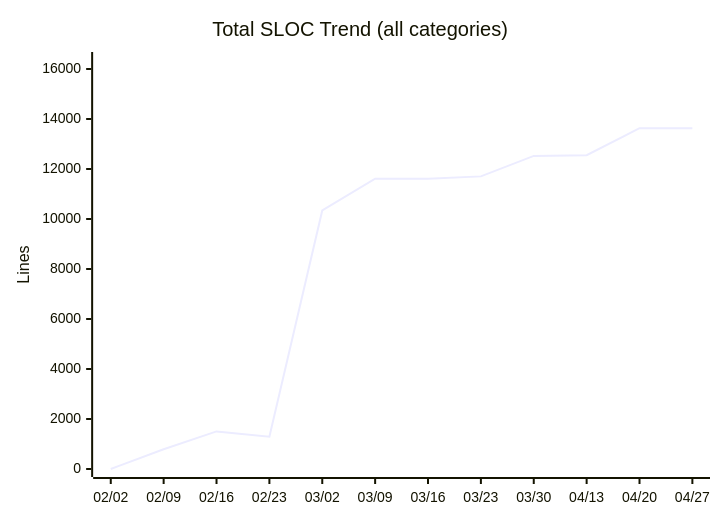
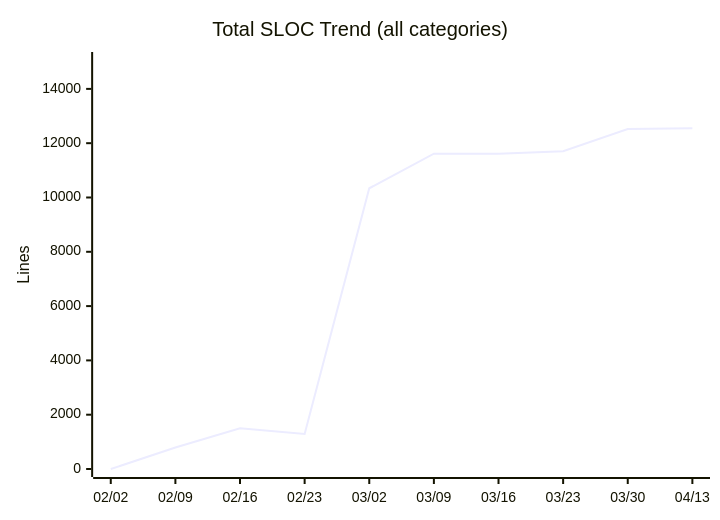
Before and after one commit to nablarch/nabledge-dev: the eighth of 14 diagrams in docs/metrics.md, drawn with Mermaid. The commit also changed other lines of this file and 13372 other files, not shown here.

````diff
--- a/docs/metrics.md
+++ b/docs/metrics.md
@@ -121,7 +121,7 @@
 ```mermaid
 xychart-beta
   title "Total SLOC Trend (all categories)"
-  x-axis ["02/02", "02/09", "02/16", "02/23", "03/02", "03/09", "03/16", "03/23", "03/30", "04/13", "04/20", "04/27"]
-  y-axis "Lines" 0 --> 16359
-  line [0, 789, 1503, 1293, 10339, 11613, 11613, 11704, 12523, 12553, 13632, 13632]
+  x-axis ["02/02", "02/09", "02/16", "02/23", "03/02", "03/09", "03/16", "03/23", "03/30", "04/13"]
+  y-axis "Lines" 0 --> 15064
+  line [0, 789, 1503, 1293, 10339, 11613, 11613, 11704, 12523, 12553]
 ```
````
